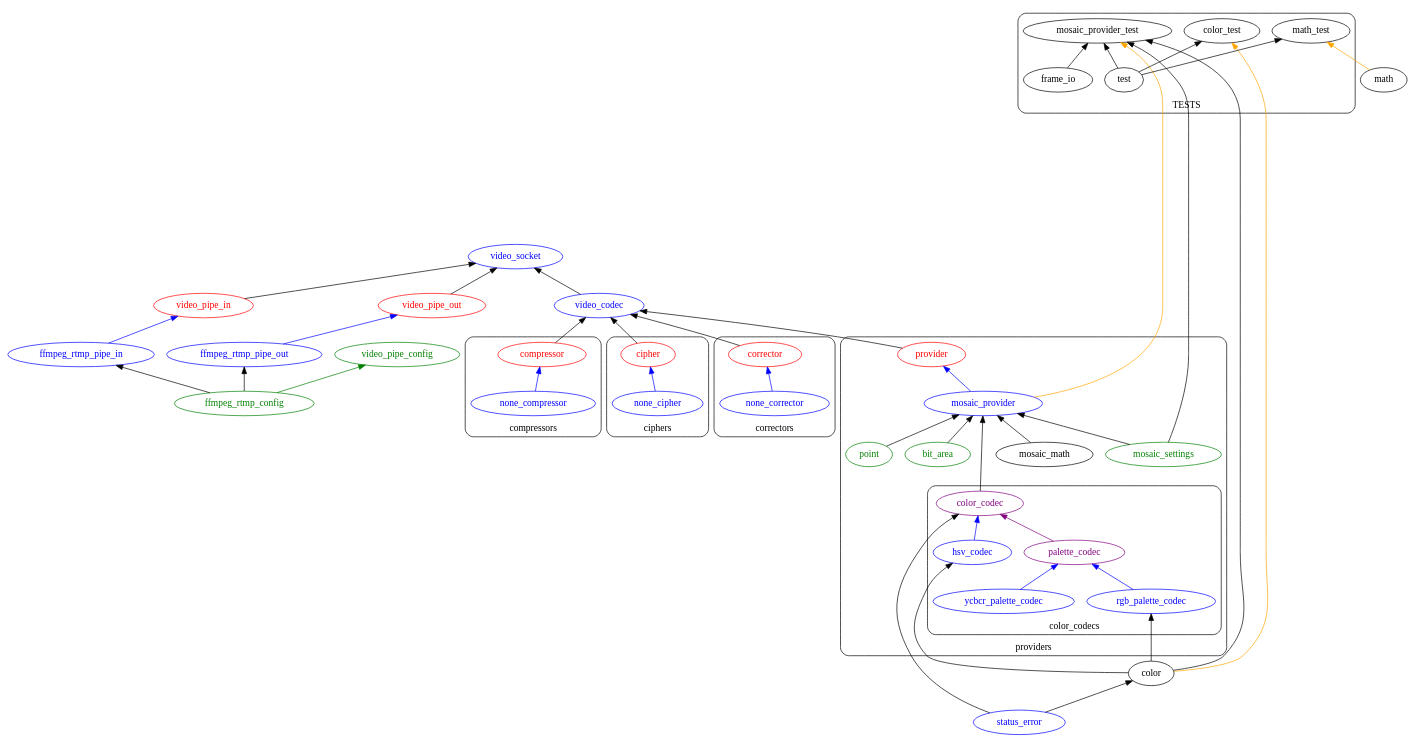
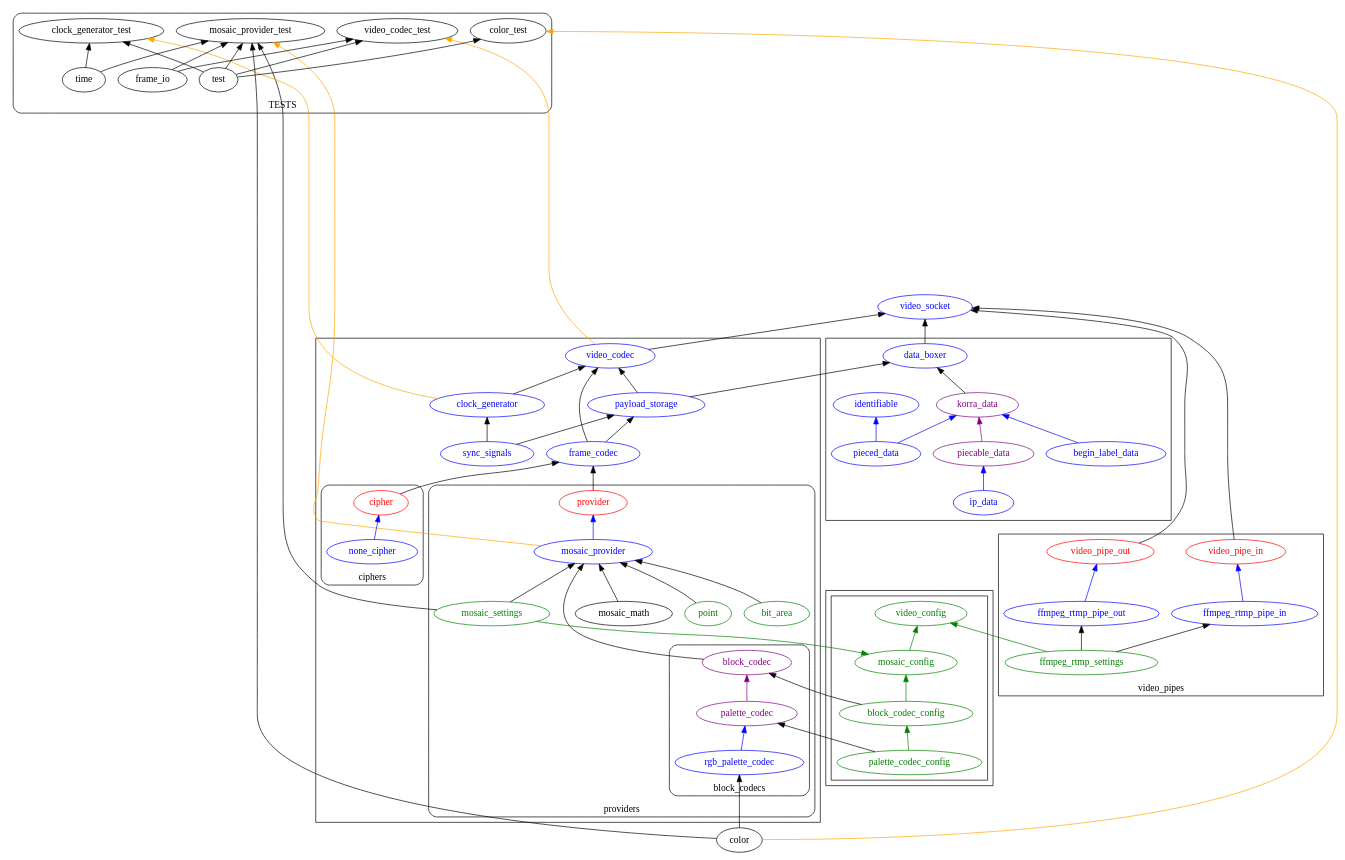
Before and after one commit to libera-cifero/Korra: the diagram in docs/architecture.dot, drawn with Graphviz. The commit also changed 30 other files, not shown here.

```diff
--- a/docs/architecture.dot
+++ b/docs/architecture.dot
@@ -2,154 +2,156 @@
     rankdir=BT;
 
     subgraph src{
-        subgraph encoder{
-            subgraph cluster_providers {
-                label="providers";
-                style=rounded;
-                color=black;
 
-                provider[
-                    color=red;
-                    fontcolor=red;
-                ];
-                mosaic_provider[
-                    color=blue;
-                    fontcolor=blue;
-                ];
+        subgraph cluster_config{
+            subgraph cluster_data {
+                video_config [color=green; fontcolor=green;];
+                mosaic_config [color=green; fontcolor=green;];
+                block_codec_config [color=green; fontcolor=green;];
+                palette_codec_config [color=green; fontcolor=green;];
 
-                subgraph mosaic {
-                    bit_area [fontcolor=green; color = green;];
-                    point [fontcolor=green; color = green;];
-                    mosaic_math;
-                    mosaic_settings [fontcolor=green; color = green;];
-                    
-                    mosaic_settings->mosaic_provider;
-                    
-                    point->mosaic_provider;
+                mosaic_config->video_config [color=green;];
+                block_codec_config->mosaic_config [color=green;];
+                palette_codec_config->block_codec_config [color=green;];
+            }
+            subgraph cluster_parser{
 
-                    bit_area->mosaic_provider;
+            }
+        }
 
-                    mosaic_math->mosaic_provider;
-                    
+        subgraph cluster_data_boxers {
+            subgraph data {
+                identifiable [color=blue; fontcolor=blue;]
 
-                    
-                    subgraph cluster_color_codecs{
-                        label="color_codecs";
-                        color_codec [
-                            color=purple;
-                            fontcolor=purple;
-                        ];
-                        hsv_codec [
-                            color=blue;
-                            fontcolor=blue;
-                        ];
-                        palette_codec[
-                            color=purple;
-                            fontcolor=purple;
-                        ];
-                        rgb_palette_codec[
-                            color=blue;
-                            fontcolor=blue;
-                        ];
-                        ycbcr_palette_codec[
-                            color=blue;
-                            fontcolor=blue;
-                        ];
-                        hsv_codec->color_codec [color=blue; ];
-                        palette_codec->color_codec[color=purple;];   
-                        rgb_palette_codec->palette_codec [color=blue;];
-                        ycbcr_palette_codec->palette_codec [color=blue];
+                korra_data [color=purple; fontcolor=purple;];
+                begin_label_data [color=blue; fontcolor=blue;]
+                piecable_data[color=purple; fontcolor=purple;];
+                ip_data [color = blue; fontcolor=blue; ];
+                pieced_data [color=blue; fontcolor=blue;]
+
+                begin_label_data->korra_data [color=blue;];
+                pieced_data->korra_data [color = blue;];
+                pieced_data->identifiable [color=blue;];
+                piecable_data->korra_data [color=purple;];
+                ip_data->piecable_data [color=blue;];
+            }
+            subgraph data_boxer{
+                data_boxer [color=blue; fontcolor=blue;];
+                korra_data->data_boxer;
+                
+            }
+            subgraph data_unboxer{
+
+            }
+        }
+        subgraph cluster_video_codec {
+
+            subgraph frame_codec{
+                subgraph cluster_providers {
+                    label="providers";
+                    style=rounded;
+                    color=black;
+
+                    provider[
+                        color=red;
+                        fontcolor=red;
+                    ];
+                    mosaic_provider[
+                        color=blue;
+                        fontcolor=blue;
+                    ];
+
+                    subgraph mosaic {
+                        bit_area [fontcolor=green; color = green;];
+                        point [fontcolor=green; color = green;];
+                        mosaic_math;
+                        mosaic_settings [fontcolor=green; color = green;];
+                        
+                        mosaic_settings->mosaic_config [color=green;];
+                        mosaic_settings->mosaic_provider;
+                        
+                        point->mosaic_provider;
+
+                        bit_area->mosaic_provider;
+
+                        mosaic_math->mosaic_provider;
+                        
+                        subgraph cluster_block_codecs{
+                            label="block_codecs";
+                            block_codec [
+                                color=purple;
+                                fontcolor=purple;
+                            ];
+                            palette_codec[
+                                color=purple;
+                                fontcolor=purple;
+                            ];
+                            rgb_palette_codec[
+                                color=blue;
+                                fontcolor=blue;
+                            ];
+                            palette_codec->block_codec[color=purple;];   
+                            rgb_palette_codec->palette_codec [color=blue;];
+                            block_codec_config->block_codec;
+                            palette_codec_config->palette_codec;
+                        }
+                        block_codec->mosaic_provider [minlen=2;];
                     }
-                    color_codec->mosaic_provider [minlen=2;];
+
+                    mosaic_provider->provider[color = blue;];
                 }
 
-                mosaic_provider->provider[color = blue;];
+                subgraph cluster_ciphers 
+                {
+                    label="ciphers";
+                    style=rounded;
+                    color=black;
+
+                    cipher[
+                        color = red;
+                        fontcolor=red;
+                    ];
+                    none_cipher [
+                        color=blue;
+                        fontcolor=blue;
+                    ];
+
+                    none_cipher->cipher [color=blue];
+                }
+                frame_codec [color=blue;fontcolor=blue;];
+                provider->frame_codec;
+                cipher->frame_codec;
             }
-            subgraph cluster_compressors {
-                label="compressors";
-                style=rounded;
-                color=black;
-                compressor [
-                    color=red;
-                    fontcolor=red;
-                ];
-                none_compressor [
-                    color=blue;
-                    fontcolor=blue;
-                ];
-                none_compressor->compressor [color=blue];
-            }
+            video_codec [color=blue;fontcolor=blue;];
+            clock_generator[color=blue; fontcolor=blue;];
+            sync_signals [color=blue; fontcolor=blue;];
+            payload_storage [color=blue; fontcolor=blue;];
+            clock_generator->video_codec;
+            sync_signals->clock_generator;
+            sync_signals->payload_storage;
+            payload_storage->video_codec;
+            frame_codec->payload_storage;
+            frame_codec->video_codec;
 
-            subgraph cluster_ciphers 
-            {
-                label="ciphers";
-                style=rounded;
-                color=black;
-
-                cipher[
-                    color = red;
-                    fontcolor=red;
-                ];
-                none_cipher [
-                    color=blue;
-                    fontcolor=blue;
-                ];
-
-                none_cipher->cipher [color=blue];
-            }
-
-            subgraph cluster_correctors{
-                label="correctors";
-                style=rounded;
-                color=black;
-
-                corrector[
-                    color = red;
-                    fontcolor=red;
-                ];
-                none_corrector [
-                    color=blue;
-                    fontcolor=blue;
-                ];
-
-                none_corrector->corrector [color=blue];
-            }
-
-            video_codec [color=blue;fontcolor=blue;];
-            color;
-            status_error[color=blue; fontcolor=blue;];
-            math;
-            
-            
-            provider->video_codec; 
-            compressor->video_codec;
-            cipher->video_codec;
-            corrector->video_codec;
-
-            color->rgb_palette_codec;
-            color->hsv_codec;
-            
-            status_error->color;
-            status_error->color_codec;
 
         }
-        subgraph video_pipes {
+
+        subgraph cluster_video_pipes {
             label="video_pipes";
             video_pipe_in [color=red; fontcolor=red;];
             video_pipe_out [color = red; fontcolor=red;];
             ffmpeg_rtmp_pipe_in [color=blue;fontcolor=blue;];
             ffmpeg_rtmp_pipe_out [color=blue;fontcolor=blue;];
 
-            video_pipe_config [color=green; fontcolor=green;];
-            ffmpeg_rtmp_config [color=green;fontcolor=green;];
-
-            ffmpeg_rtmp_config->video_pipe_config [color=green;];
+            ffmpeg_rtmp_settings [color=green;fontcolor=green;];
 
             ffmpeg_rtmp_pipe_in->video_pipe_in [color=blue;];
             ffmpeg_rtmp_pipe_out->video_pipe_out [color=blue;];
             
-            ffmpeg_rtmp_config->ffmpeg_rtmp_pipe_in;
-            ffmpeg_rtmp_config->ffmpeg_rtmp_pipe_out;
+            ffmpeg_rtmp_settings->ffmpeg_rtmp_pipe_in;
+            ffmpeg_rtmp_settings->ffmpeg_rtmp_pipe_out;
+
+            ffmpeg_rtmp_settings->video_config [color=green;];
         }
 
         video_socket [color=blue; fontcolor=blue;];
@@ -157,6 +159,10 @@
         video_codec->video_socket [weight=2;];
         video_pipe_in->video_socket;
         video_pipe_out->video_socket;
+
+        payload_storage->data_boxer;
+        data_boxer->video_socket;
+        color->rgb_palette_codec;
     }
 
     subgraph cluster_test{
@@ -164,25 +170,33 @@
         label="TESTS";
         subgraph lib{
             test;
+            time;
         }
 
         color_test;
         mosaic_provider_test;
-        math_test;
+        clock_generator_test;
+        video_codec_test;
         
         test->color_test;
         test->mosaic_provider_test;
-        test->math_test;
+        test->clock_generator_test;
+        test->video_codec_test;
 
         frame_io->mosaic_provider_test;
+        frame_io->video_codec_test;
+
+        time->clock_generator_test;
+        time->mosaic_provider_test;
     }
 
+    color;
     color->mosaic_provider_test;
     mosaic_settings->mosaic_provider_test;
     mosaic_provider->mosaic_provider_test [color=orange; minlen=10;];
+    clock_generator->clock_generator_test [color = orange; minlen=10;];
+    video_codec->video_codec_test [color = orange; minlen=10;];
 
     color->color_test [color=orange;];
 
-    math->math_test [color=orange;];
-
 }
```
